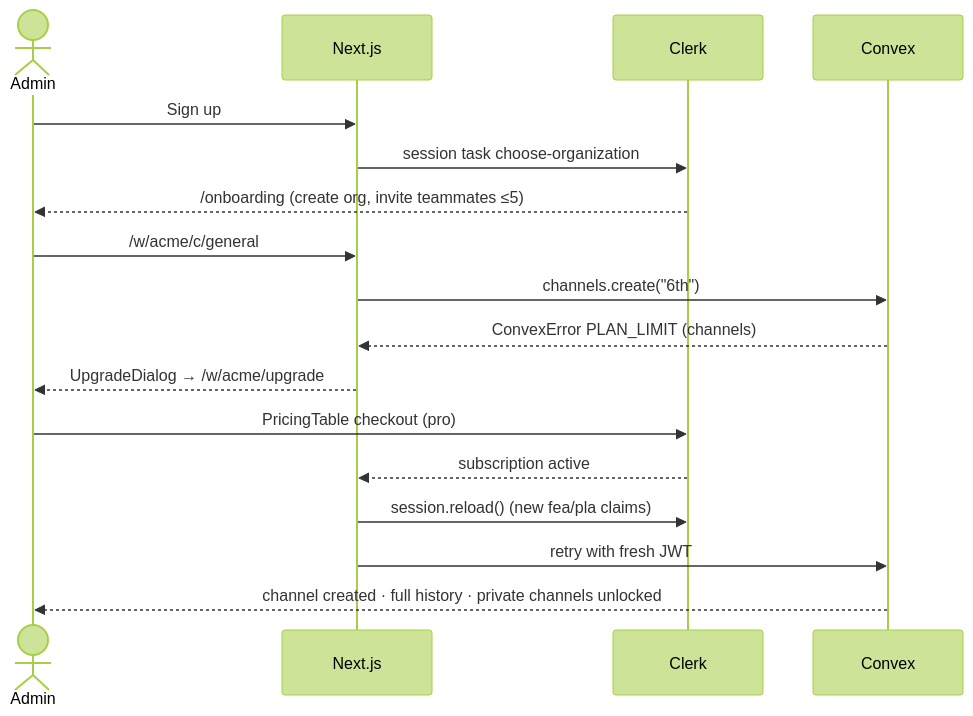
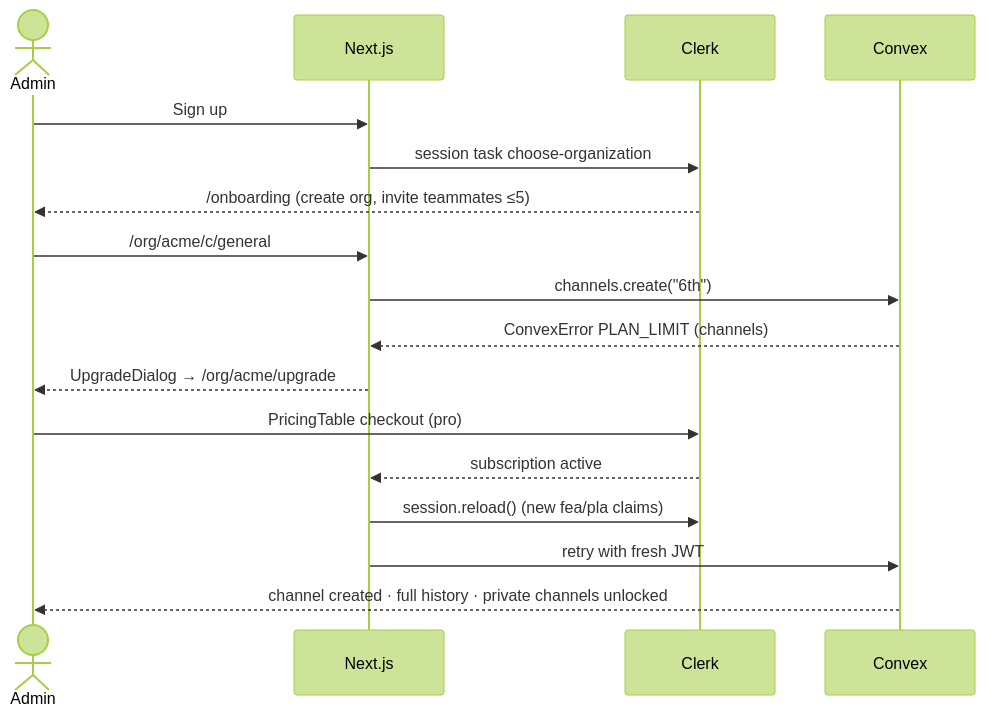
One commit to bakale-atharva/Nook changed the fifth of 6 diagrams in .claude/plans/PLAN.md. Above: the diagram before and after it, drawn with Mermaid (forest theme). The commit also changed other lines of this file and 7 other files, not shown here.

````diff
--- a/.claude/plans/PLAN.md
+++ b/.claude/plans/PLAN.md
@@ -279,19 +279,19 @@
 ```mermaid
 sequenceDiagram
   actor U as Admin
   participant N as Next.js
   participant C as Clerk
   participant X as Convex
   U->>N: Sign up
   N->>C: session task choose-organization
   C-->>U: /onboarding (create org, invite teammates ≤5)
-  U->>N: /w/acme/c/general
+  U->>N: /org/acme/c/general
   N->>X: channels.create("6th")
   X-->>N: ConvexError PLAN_LIMIT (channels)
-  N-->>U: UpgradeDialog → /w/acme/upgrade
+  N-->>U: UpgradeDialog → /org/acme/upgrade
   U->>C: PricingTable checkout (pro)
   C-->>N: subscription active
   N->>C: session.reload() (new fea/pla claims)
   N->>X: retry with fresh JWT
   X-->>U: channel created · full history · private channels unlocked
 ```
````
